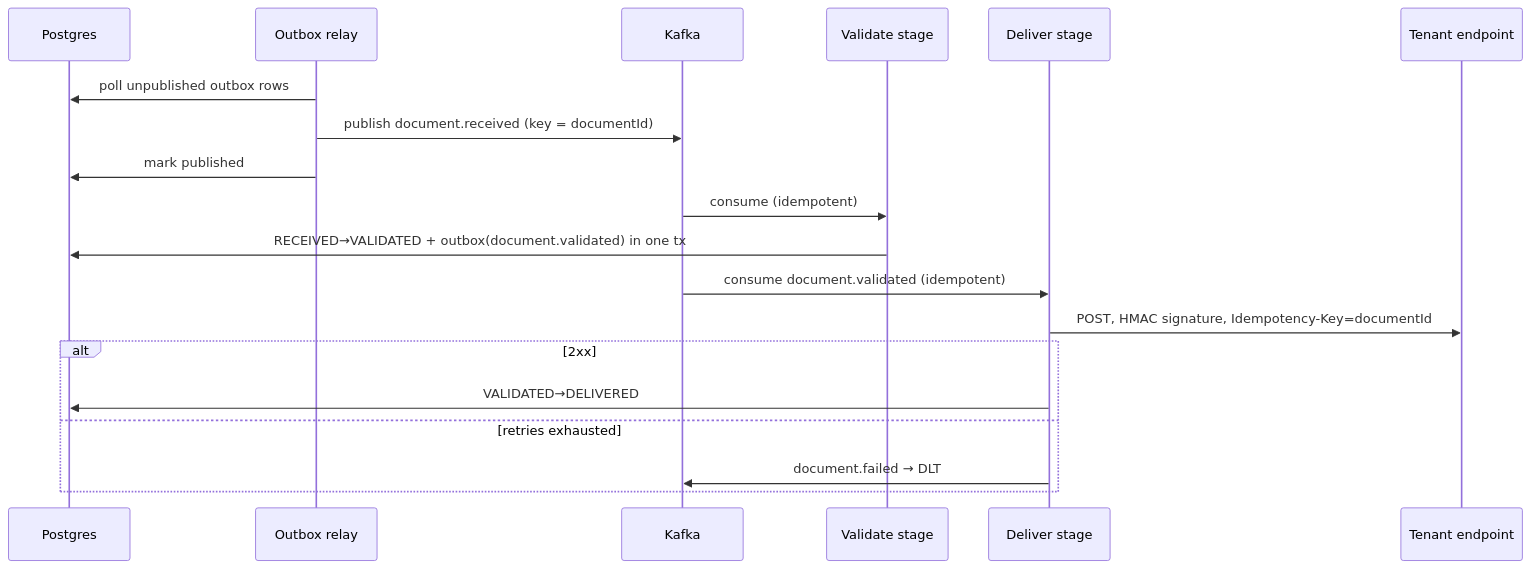
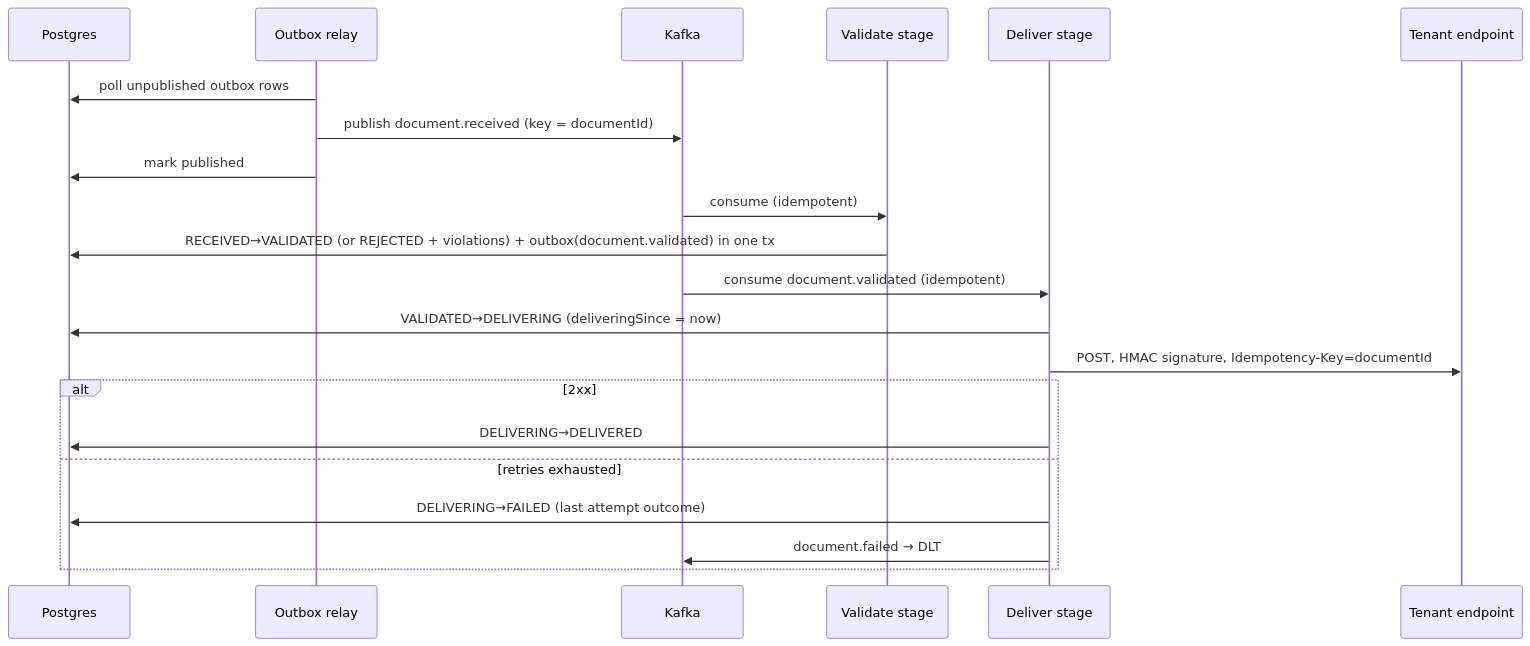
The fourth of 4 diagrams in docs/architecture.md (mprskalo01/invoice-relay), drawn with Mermaid before and after one commit. The commit also changed other lines of this file and 5 other files, not shown here.

````diff
--- a/docs/architecture.md
+++ b/docs/architecture.md
@@ -72,21 +73,23 @@
 ```mermaid
 sequenceDiagram
   participant DB as Postgres
   participant R as Outbox relay
   participant K as Kafka
   participant V as Validate stage
   participant D as Deliver stage
   participant E as Tenant endpoint
   R->>DB: poll unpublished outbox rows
   R->>K: publish document.received (key = documentId)
   R->>DB: mark published
   K->>V: consume (idempotent)
-  V->>DB: RECEIVED→VALIDATED + outbox(document.validated) in one tx
+  V->>DB: RECEIVED→VALIDATED (or REJECTED + violations) + outbox(document.validated) in one tx
   K->>D: consume document.validated (idempotent)
+  D->>DB: VALIDATED→DELIVERING (deliveringSince = now)
   D->>E: POST, HMAC signature, Idempotency-Key=documentId
   alt 2xx
-    D->>DB: VALIDATED→DELIVERED
+    D->>DB: DELIVERING→DELIVERED
   else retries exhausted
+    D->>DB: DELIVERING→FAILED (last attempt outcome)
     D->>K: document.failed → DLT
   end
 ```
````
